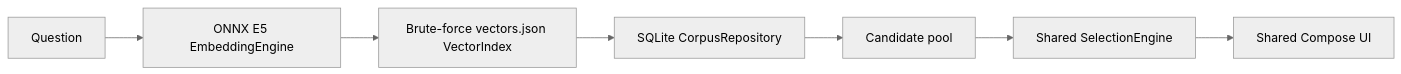
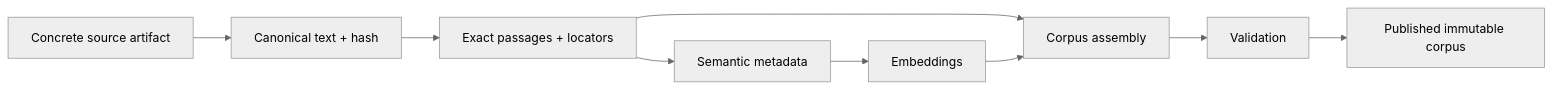
One commit to folk21/sibyl changed the third of 3 diagrams in docs/ARCHITECTURE.md. Above: the diagram before and after it, drawn with Mermaid (neutral theme). The commit also changed other lines of this file and 66 other files, not shown here.

````diff
--- a/docs/ARCHITECTURE.md
+++ b/docs/ARCHITECTURE.md
@@ -203,9 +134,11 @@
 ```mermaid
 flowchart LR
-    Q[Question] --> E[ONNX E5 EmbeddingEngine]
-    E --> V[Brute-force vectors.json VectorIndex]
-    V --> R[SQLite CorpusRepository]
-    R --> C[Candidate pool]
-    C --> S[Shared SelectionEngine]
-    S --> U[Shared Compose UI]
+    S[Concrete source artifact] --> C[Canonical text + hash]
+    C --> P[Exact passages + locators]
+    P --> H[Semantic metadata]
+    H --> E[Embeddings]
+    P --> B[Corpus assembly]
+    E --> B
+    B --> V[Validation]
+    V --> O[Published immutable corpus]
 ```
````
